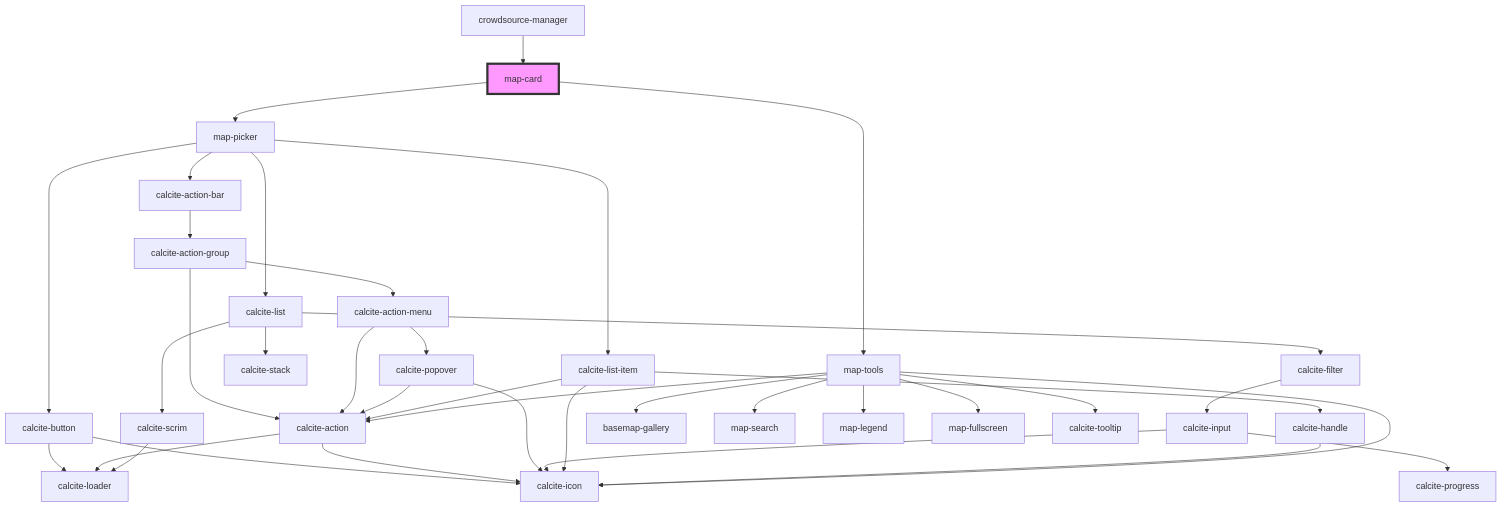
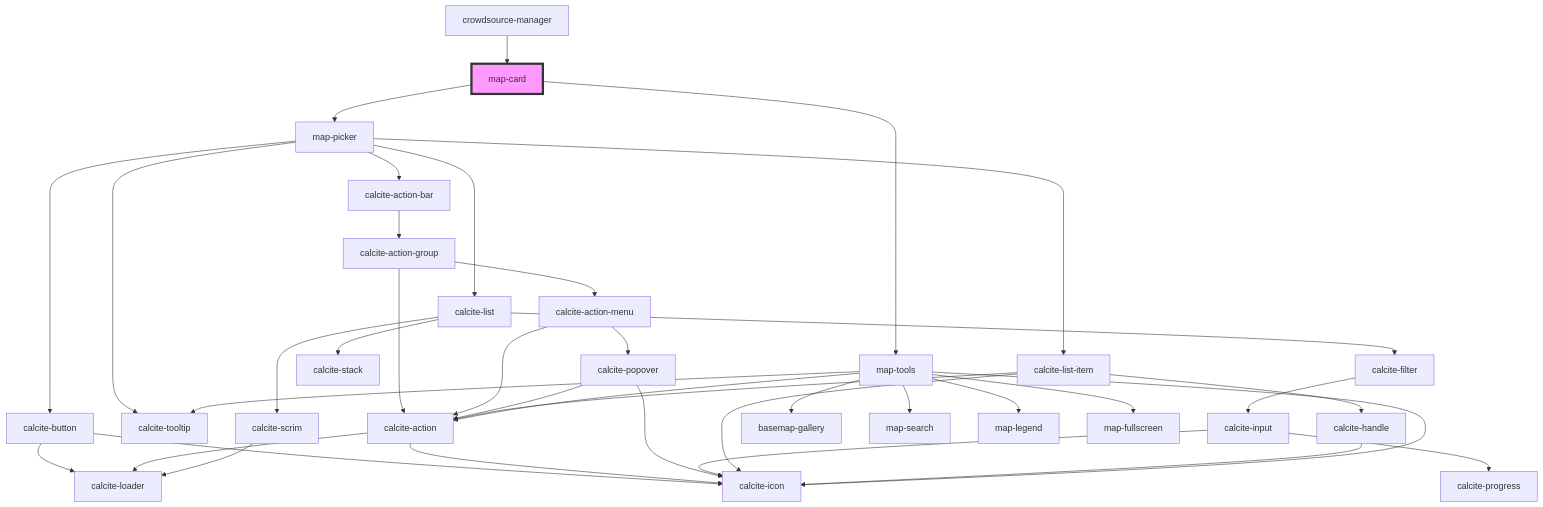
One commit to Esri/solutions-components changed the diagram in src/components/map-card/readme.md. Above: the diagram before and after it, drawn with Mermaid. The commit also changed 10 other files, not shown here.

````diff
--- a/src/components/map-card/readme.md
+++ b/src/components/map-card/readme.md
@@ -41,40 +41,41 @@
 ```mermaid
 graph TD;
   map-card --> map-picker
   map-card --> map-tools
   map-picker --> calcite-button
+  map-picker --> calcite-tooltip
   map-picker --> calcite-action-bar
   map-picker --> calcite-list
   map-picker --> calcite-list-item
   calcite-button --> calcite-loader
   calcite-button --> calcite-icon
   calcite-action-bar --> calcite-action-group
   calcite-action-group --> calcite-action-menu
   calcite-action-group --> calcite-action
   calcite-action-menu --> calcite-action
   calcite-action-menu --> calcite-popover
   calcite-action --> calcite-loader
   calcite-action --> calcite-icon
   calcite-popover --> calcite-action
   calcite-popover --> calcite-icon
   calcite-list --> calcite-scrim
   calcite-list --> calcite-stack
   calcite-list --> calcite-filter
   calcite-scrim --> calcite-loader
   calcite-filter --> calcite-input
   calcite-input --> calcite-progress
   calcite-input --> calcite-icon
   calcite-list-item --> calcite-icon
   calcite-list-item --> calcite-handle
   calcite-list-item --> calcite-action
   calcite-handle --> calcite-icon
   map-tools --> basemap-gallery
   map-tools --> map-search
   map-tools --> map-legend
   map-tools --> map-fullscreen
   map-tools --> calcite-action
   map-tools --> calcite-icon
   map-tools --> calcite-tooltip
   crowdsource-manager --> map-card
   style map-card fill:#f9f,stroke:#333,stroke-width:4px
 ```
````
